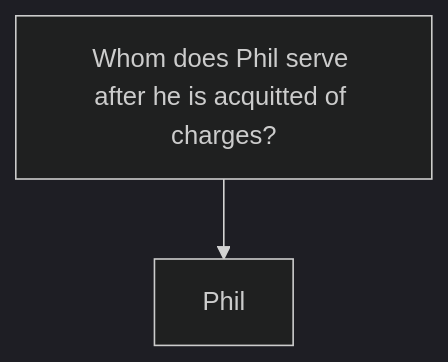
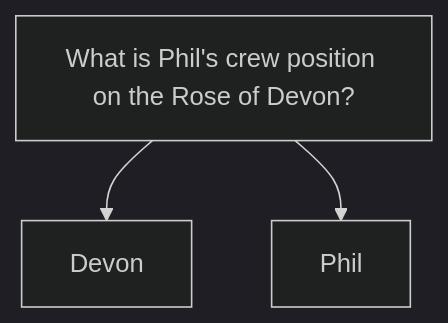
One commit to shravanikalmali/Hallucinating_llamas_end_submission changed the diagram in results/c8e25c068b7c8a00ba00096e73ce7ea893c69aba/Question_2/query_graph.mermaid. Above: the diagram before and after it, drawn with Mermaid (dark theme). The commit also changed 81 other files, not shown here.

```diff
--- a/results/c8e25c068b7c8a00ba00096e73ce7ea893c69aba/Question_2/query_graph.mermaid
+++ b/results/c8e25c068b7c8a00ba00096e73ce7ea893c69aba/Question_2/query_graph.mermaid
@@ -1,3 +1,4 @@
 graph TD
-    Q["Whom does Phil serve after he is acquitted of charges?"]
+    Q["What is Phil's crew position on the Rose of Devon?"]
+    Q --> Devon["Devon"]
     Q --> Phil["Phil"]
```
